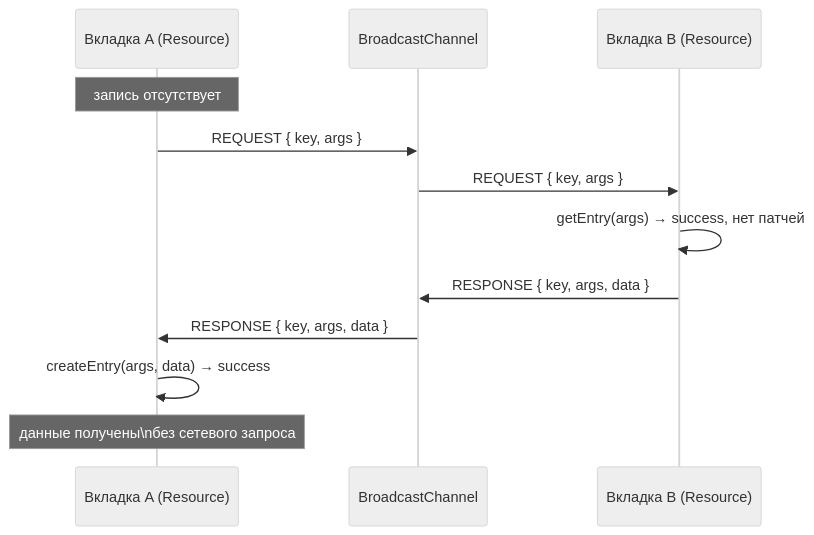
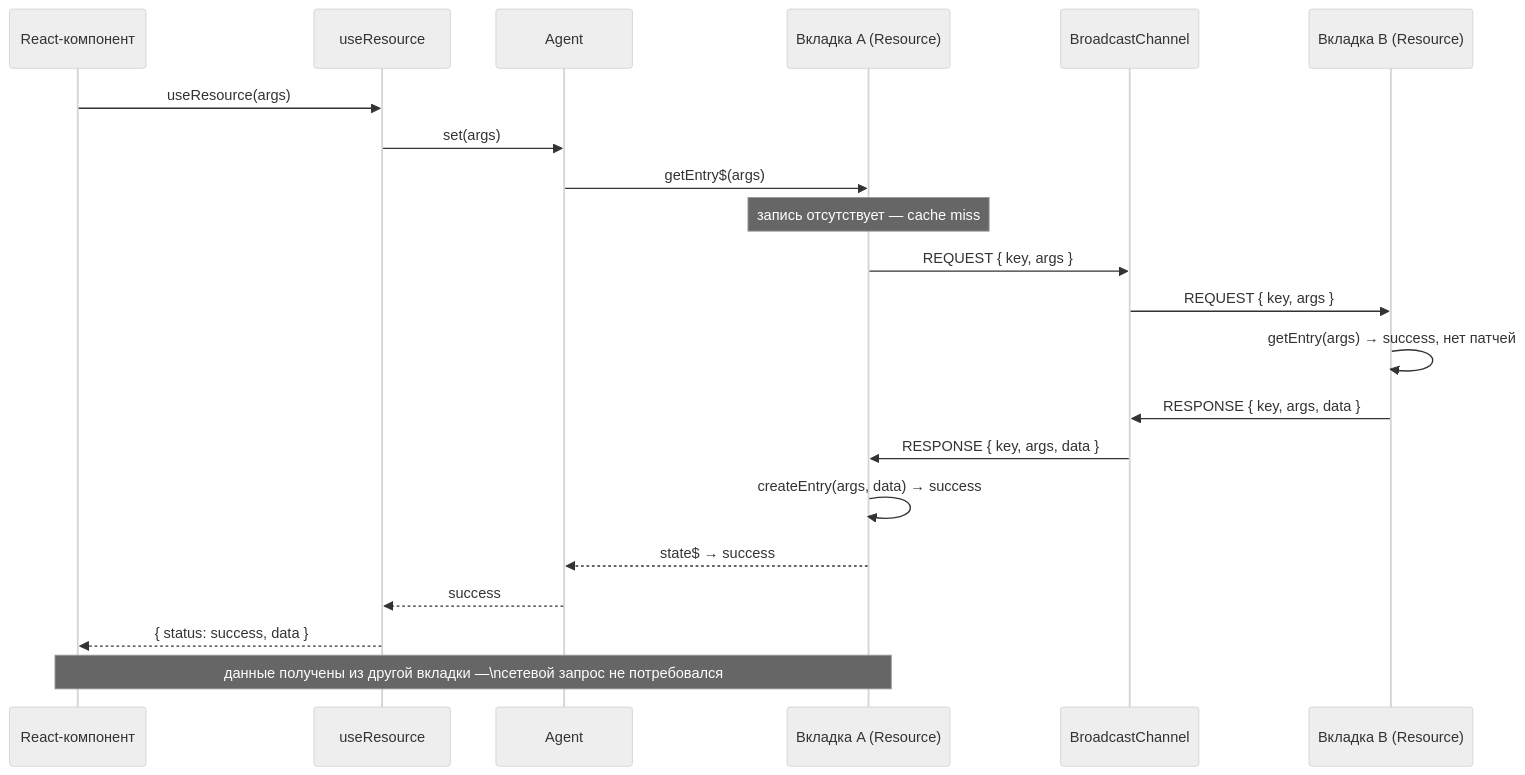
One commit to fozy-labs/rx-toolkit changed diagram 11 of 11 in docs/query/concepts/dataflows.md. Above: the diagram before and after it, drawn with Mermaid (neutral theme). The commit also changed other lines of this file and 10 other files, not shown here.

````diff
--- a/docs/query/concepts/dataflows.md
+++ b/docs/query/concepts/dataflows.md
@@ -325,18 +404,28 @@
 ```mermaid
 sequenceDiagram
+    participant UI as React-компонент
+    participant Hook as useResource
+    participant Agent as Agent
     participant A as Вкладка A (Resource)
     participant BC as BroadcastChannel
     participant B as Вкладка B (Resource)
 
-    Note over A: запись отсутствует
+    UI->>Hook: useResource(args)
+    Hook->>Agent: set(args)
+    Agent->>A: getEntry$(args)
+    Note over A: запись отсутствует — cache miss
 
     A->>BC: REQUEST { key, args }
     BC->>B: REQUEST { key, args }
 
     B->>B: getEntry(args) → success, нет патчей
     B->>BC: RESPONSE { key, args, data }
     BC->>A: RESPONSE { key, args, data }
 
     A->>A: createEntry(args, data) → success
-    Note over A: данные получены\nбез сетевого запроса
+    A-->>Agent: state$ → success
+    Agent-->>Hook: success
+    Hook-->>UI: { status: success, data }
+
+    Note over UI,A: данные получены из другой вкладки —\nсетевой запрос не потребовался
 ```
````
